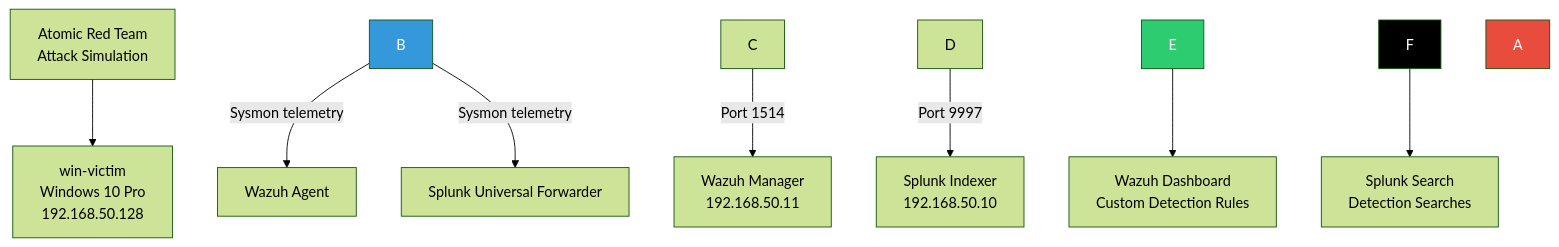
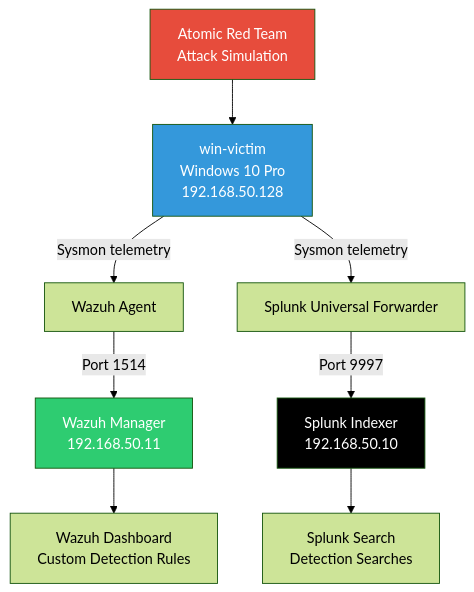
One commit to akashreddygaddam/endpoint-threat-detection changed the diagram in README.md. Above: the diagram before and after it, drawn with Mermaid (forest theme). The commit also changed other lines of this file, not shown here.

````diff
--- a/README.md
+++ b/README.md
@@ -30,15 +40,15 @@
 ```mermaid
 flowchart TD
-    A\\\[Atomic Red Team<br/>Attack Simulation] --> B\\\[win-victim<br/>Windows 10 Pro<br/>192.168.50.128]
-    B -->|Sysmon telemetry| C\\\[Wazuh Agent]
-    B -->|Sysmon telemetry| D\\\[Splunk Universal Forwarder]
-    C -->|Port 1514| E\\\[Wazuh Manager<br/>192.168.50.11]
-    D -->|Port 9997| F\\\[Splunk Indexer<br/>192.168.50.10]
-    E --> G\\\[Wazuh Dashboard<br/>Custom Detection Rules]
-    F --> H\\\[Splunk Search<br/>Detection Searches]
+    A[Atomic Red Team<br/>Attack Simulation] --> B[win-victim<br/>Windows 10 Pro<br/>192.168.50.128]
+    B -->|Sysmon telemetry| C[Wazuh Agent]
+    B -->|Sysmon telemetry| D[Splunk Universal Forwarder]
+    C -->|Port 1514| E[Wazuh Manager<br/>192.168.50.11]
+    D -->|Port 9997| F[Splunk Indexer<br/>192.168.50.10]
+    E --> G[Wazuh Dashboard<br/>Custom Detection Rules]
+    F --> H[Splunk Search<br/>Detection Searches]
 
     style A fill:#e74c3c,color:#fff
     style B fill:#3498db,color:#fff
     style E fill:#2ecc71,color:#fff
     style F fill:#000,color:#fff
 ```
````
